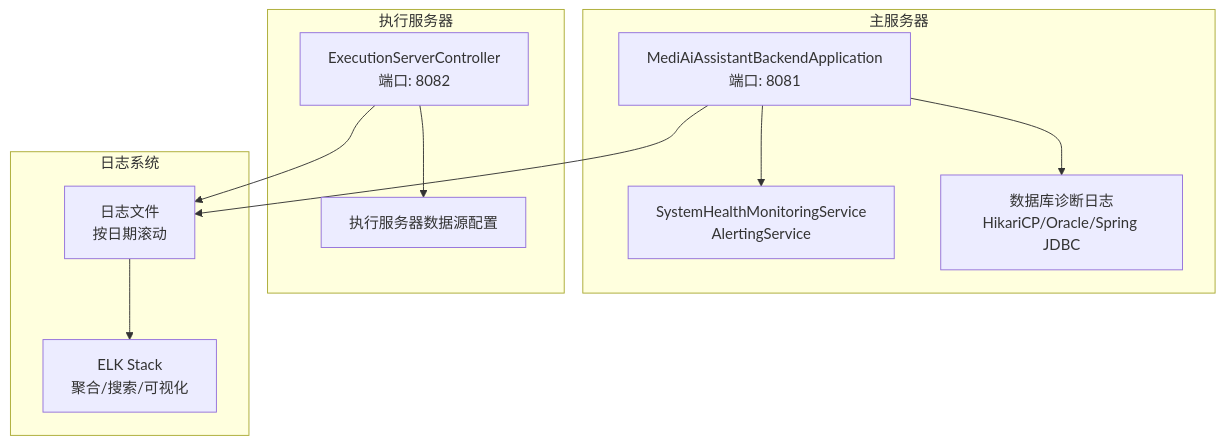
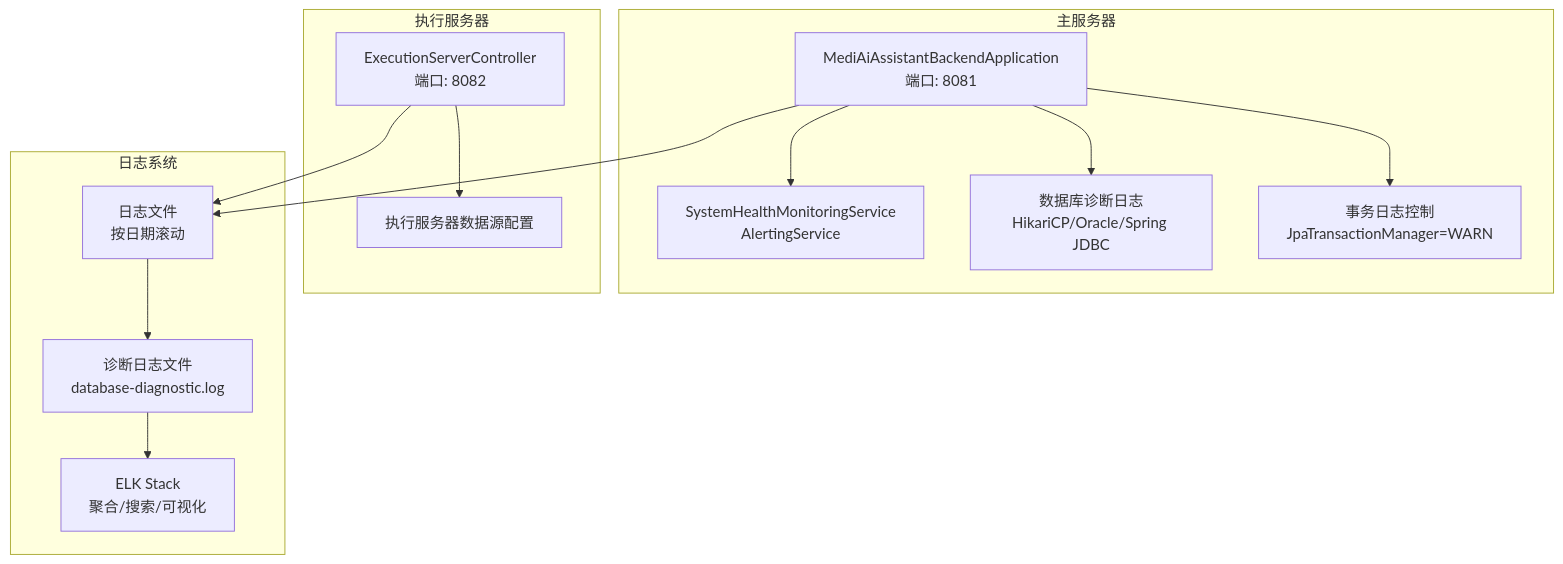
The second of 12 diagrams in .qoder/repowiki/zh/content/监控运维/日志管理.md (liuzh2008/med_ai_assistant_workspace), drawn with Mermaid before and after one commit. The commit also changed other lines of this file and 9 other files, not shown here.

````diff
--- a/.qoder/repowiki/zh/content/监控运维/日志管理.md
+++ b/.qoder/repowiki/zh/content/监控运维/日志管理.md
@@ -99,22 +112,26 @@
 ```mermaid
 graph TB
 subgraph "主服务器"
 MS["MediAiAssistantBackendApplication<br/>端口: 8081"]
 MON["SystemHealthMonitoringService<br/>AlertingService"]
 DBLOG["数据库诊断日志<br/>HikariCP/Oracle/Spring JDBC"]
+TXLOG["事务日志控制<br/>JpaTransactionManager=WARN"]
 end
 subgraph "执行服务器"
 ES["ExecutionServerController<br/>端口: 8082"]
 ESDS["执行服务器数据源配置"]
 end
 subgraph "日志系统"
 LOG["日志文件<br/>按日期滚动"]
+DIAG["诊断日志文件<br/>database-diagnostic.log"]
 ELK["ELK Stack<br/>聚合/搜索/可视化"]
 end
 MS --> MON
 MS --> DBLOG
+MS --> TXLOG
 ES --> ESDS
 MS --> LOG
 ES --> LOG
-LOG --> ELK
+LOG --> DIAG
+DIAG --> ELK
 ```
````
